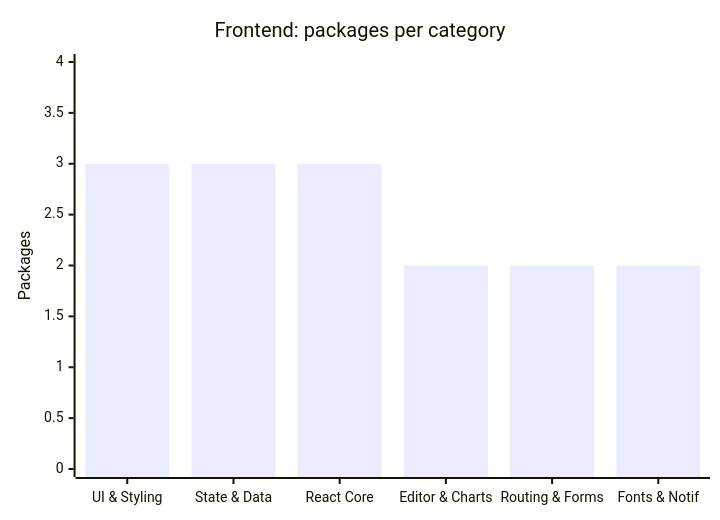
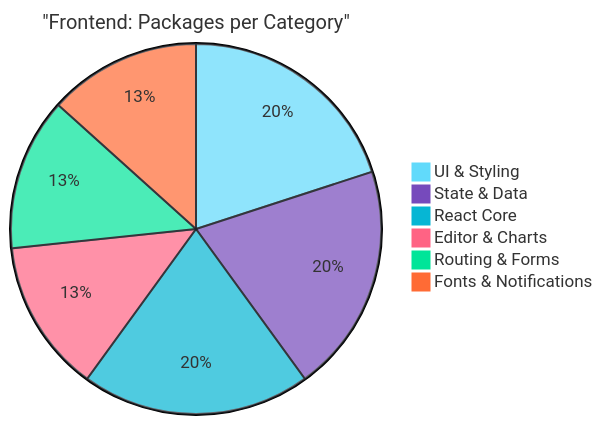
Before and after one commit to boxbiswas/AI_CODE_REVIEW_ASSISTANT: the sixth of 6 diagrams in README.md, drawn with Mermaid. The commit also changed other lines of this file, not shown here.

Commit message:
docs: update README with pie charts and Render, fix Vercel SPA routing

````diff
--- a/README.md
+++ b/README.md
@@ -240,7 +242,10 @@
 ```mermaid
-xychart-beta
-    title "Frontend: packages per category"
-    x-axis ["UI & Styling", "State & Data", "React Core", "Editor & Charts", "Routing & Forms", "Fonts & Notif"]
-    y-axis "Packages" 0 --> 4
-    bar [3, 3, 3, 2, 2, 2]
+%%{init: {'theme': 'base', 'themeVariables': { 'pie1': '#61DAFB', 'pie2': '#764ABC', 'pie3': '#06B6D4', 'pie4': '#FF6384', 'pie5': '#00E599', 'pie6': '#FF6B35', 'pieStrokeColor': '#20232A', 'pieStrokeWidth': '2px', 'textPosition': '0.5', 'pieTitleTextSize': '20px' }}}%%
+pie title "Frontend: Packages per Category"
+    "UI & Styling" : 3
+    "State & Data" : 3
+    "React Core" : 3
+    "Editor & Charts" : 2
+    "Routing & Forms" : 2
+    "Fonts & Notifications" : 2
 ```
````
